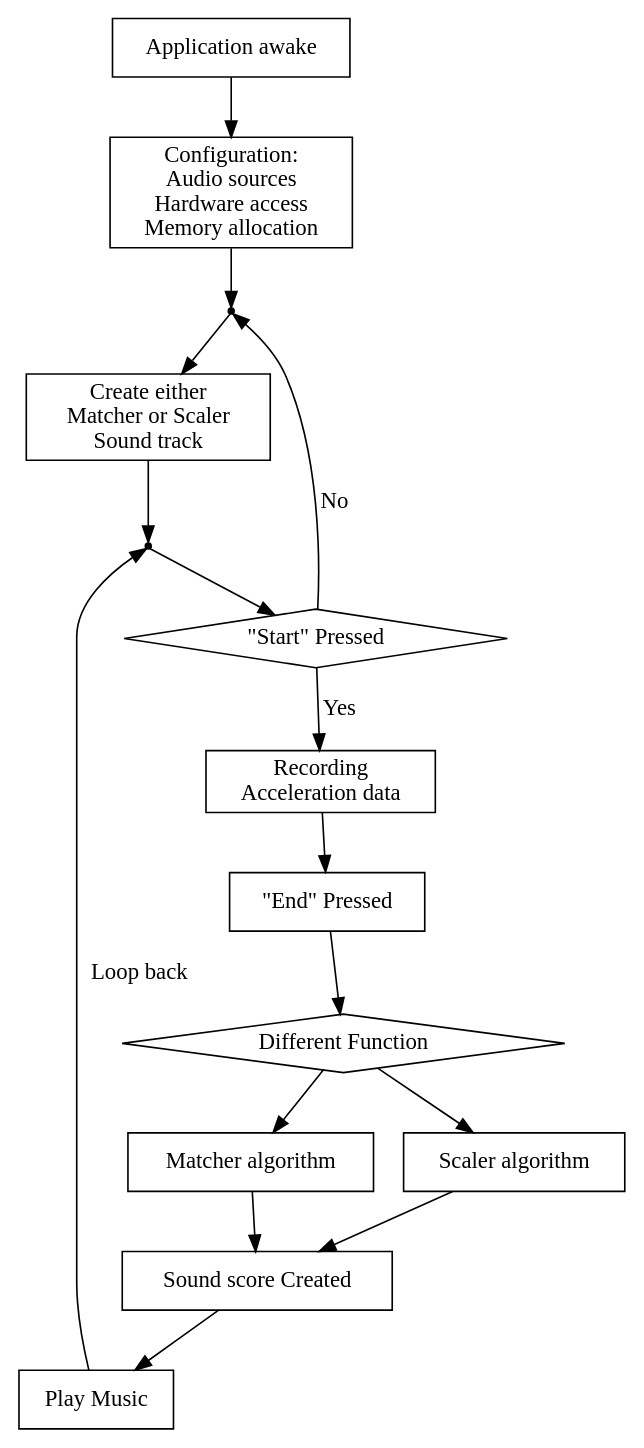
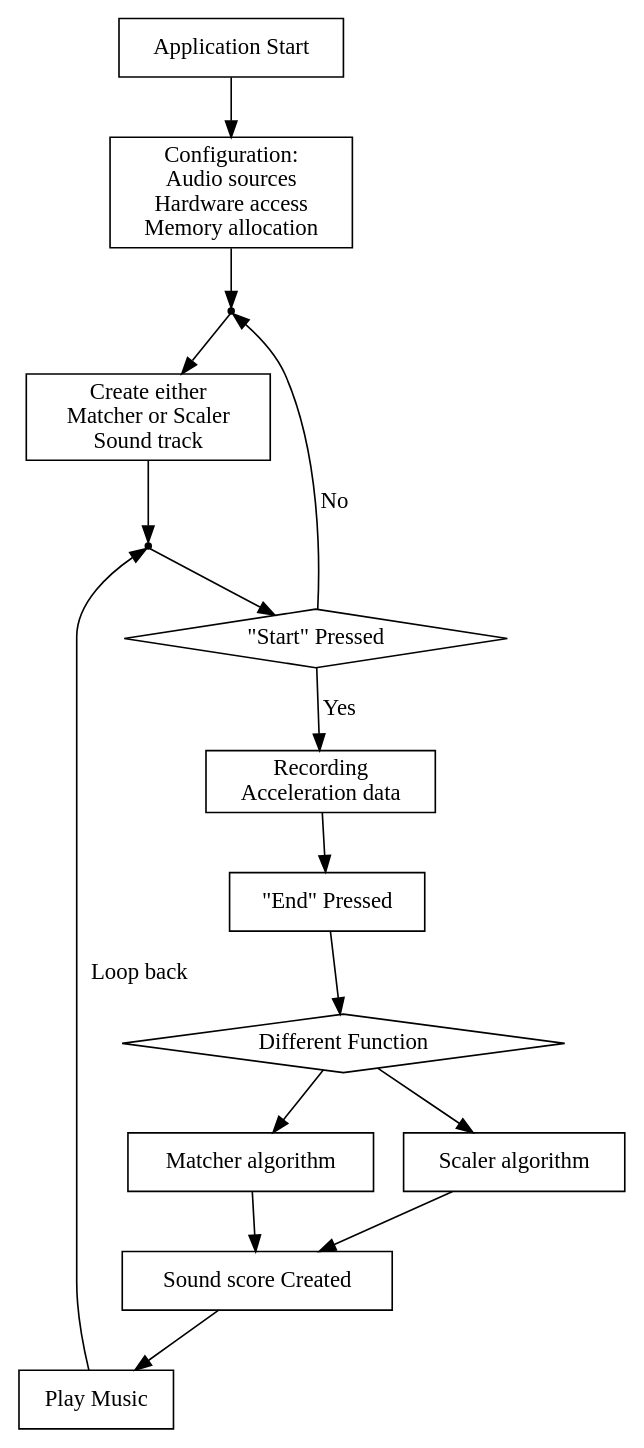
One commit to iamwrm/VG100_Final_Report changed the diagram in figWR/a.dot. Above: the diagram before and after it, drawn with Graphviz. The commit also changed 11 other files, not shown here.

```diff
--- a/figWR/a.dot
+++ b/figWR/a.dot
@@ -1,48 +1,48 @@
 // Copyright (c) 2017 wangren
 // 
 // This software is released under the MIT License.
 // https://opensource.org/licenses/MIT
 
 
 
 digraph {
 
 // label="Flow chart of the Index Script"
-n1[label="Application awake",shape="box", style=""]
+n1[label="Application Start",shape="box", style=""]
 n2[label="Configuration: \nAudio sources \nHardware access \nMemory allocation",shape="box", style=""]
 n21[label="",shape="point", style=""]
 n3[label="Create either \nMatcher or Scaler \nSound track",shape="box", style=""]
 n31[label="",shape="point",style=""]
 n4[label="\"Start\" Pressed",shape="diamond", style=""]
 n5[label="Recording \nAcceleration data",shape="box", style=""]
 n6[label="\"End\" Pressed",shape="box", style=""]
 n7[label="Different Function",shape="diamond", style=""]
 n8[label="Scaler algorithm",shape="box", style=""]
 n9[label="Matcher algorithm",shape="box", style=""]
 n10[label="Sound score Created",shape="box", style=""]
 n11[label="Play Music",shape="box", style=""]
 
 n1->n2
 
 n2->n21
 n21->n3
 
 n3->n31
 n31->n4
 
 n4->n5[label="Yes"]
 n4->n21[label="No"] 
 
 n5->n6
 n6->n7
 
 n7->n8
 n7->n9
 
 n8->n10
 n9->n10
 
 n10->n11
 n11 -> n31[label=" Loop back"]
  
 }
```
